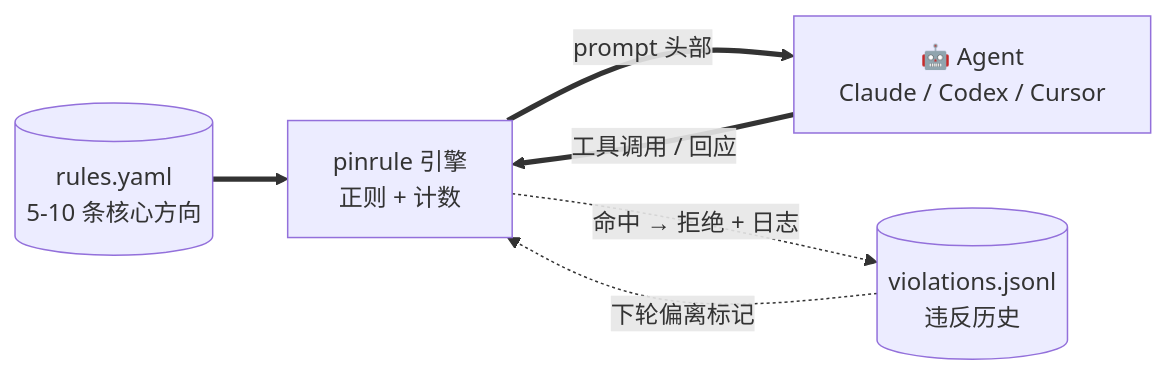
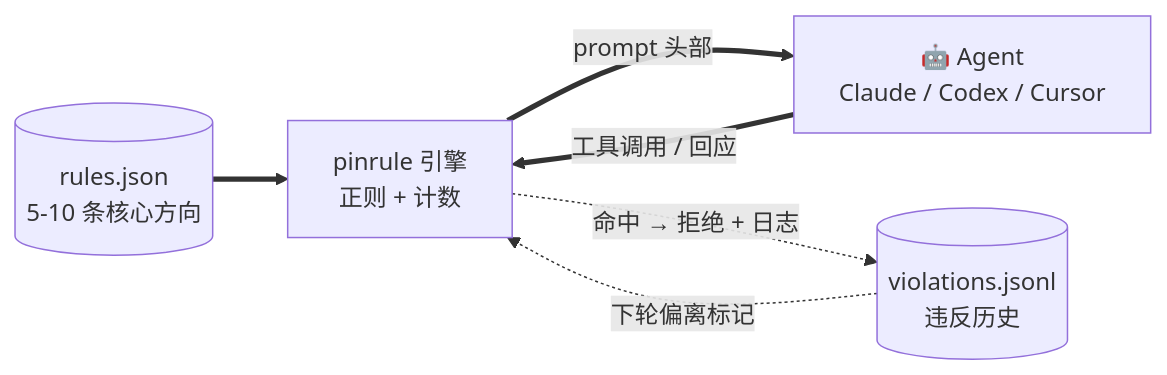
Before and after one commit to jhaizhou-ops/pinrule: the diagram in README.zh.md, drawn with Mermaid. The commit also changed other lines of this file and 12 other files, not shown here.

````diff
--- a/README.zh.md
+++ b/README.zh.md
@@ -60,13 +62,13 @@
 ```mermaid
 flowchart LR
-    R[(rules.yaml<br/>5-10 条核心方向)]
+    R[(rules.json<br/>5-10 条核心方向)]
     K[pinrule 引擎<br/>正则 + 计数]
     A[🤖 Agent<br/>Claude / Codex / Cursor]
     V[(violations.jsonl<br/>违反历史)]
 
     R ==> K
     K ==>|prompt 头部| A
     A ==>|工具调用 / 回应| K
     K -.->|命中 → 拒绝 + 日志| V
     V -.->|下轮偏离标记| K
 ```
````
